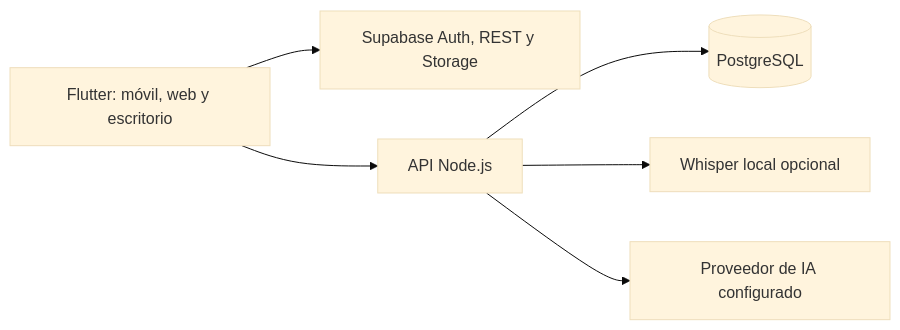
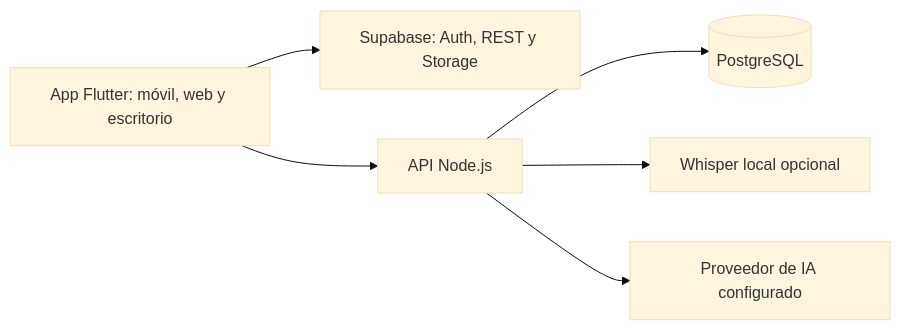
The diagram in README.md (ToshioDev/lumenote-app), drawn with Mermaid (base theme) before and after one commit. The commit also changed other lines of this file and 2 other files, not shown here.

````diff
--- a/README.md
+++ b/README.md
@@ -101,8 +92,8 @@
 ```mermaid
 flowchart LR
-    U[Flutter: móvil, web y escritorio] --> S[Supabase Auth, REST y Storage]
+    U[App Flutter: móvil, web y escritorio] --> S[Supabase: Auth, REST y Storage]
     U --> A[API Node.js]
     A --> D[(PostgreSQL)]
     A --> W[Whisper local opcional]
     A --> M[Proveedor de IA configurado]
 ```
````
